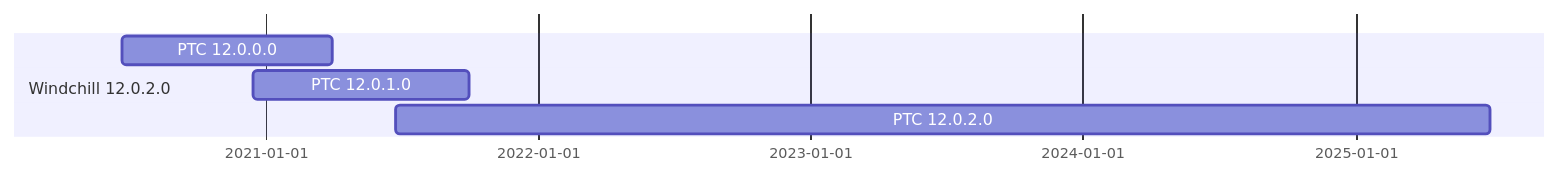
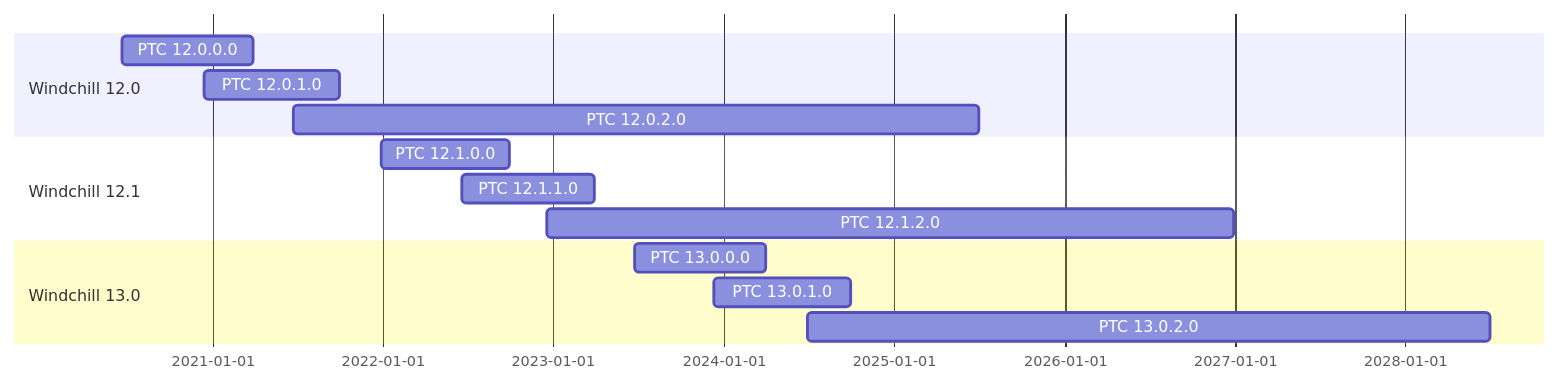
Before and after one commit to kendid/text-tests: the sixth of 8 diagrams in README.md, drawn with Mermaid. The commit also changed other lines of this file, not shown here.

Commit message:
Update Gantt

````diff
--- a/README.md
+++ b/README.md
@@ -133,9 +132,17 @@
 ```mermaid
 gantt
     dateFormat YYYY-MM-DD
 
-section Windchill 12.0.2.0
+section Windchill 12.0
     PTC 12.0.0.0 : 2020-06-22, 2021-03-31
     PTC 12.0.1.0 : 2020-12-15, 2021-09-30
     PTC 12.0.2.0 : 2021-06-23, 2025-06-30
+section Windchill 12.1
+    PTC 12.1.0.0 : 2021-12-29, 2022-09-30
+    PTC 12.1.1.0 : 2022-06-21, 2023-03-31
+    PTC 12.1.2.0 : 2022-12-19, 2026-12-30
+section Windchill 13.0
+    PTC 13.0.0.0 : 2023-06-26, 2024-03-31
+    PTC 13.0.1.0 : 2023-12-11, 2024-09-30
+    PTC 13.0.2.0 : 2024-06-28, 2028-06-30
 ```
````
